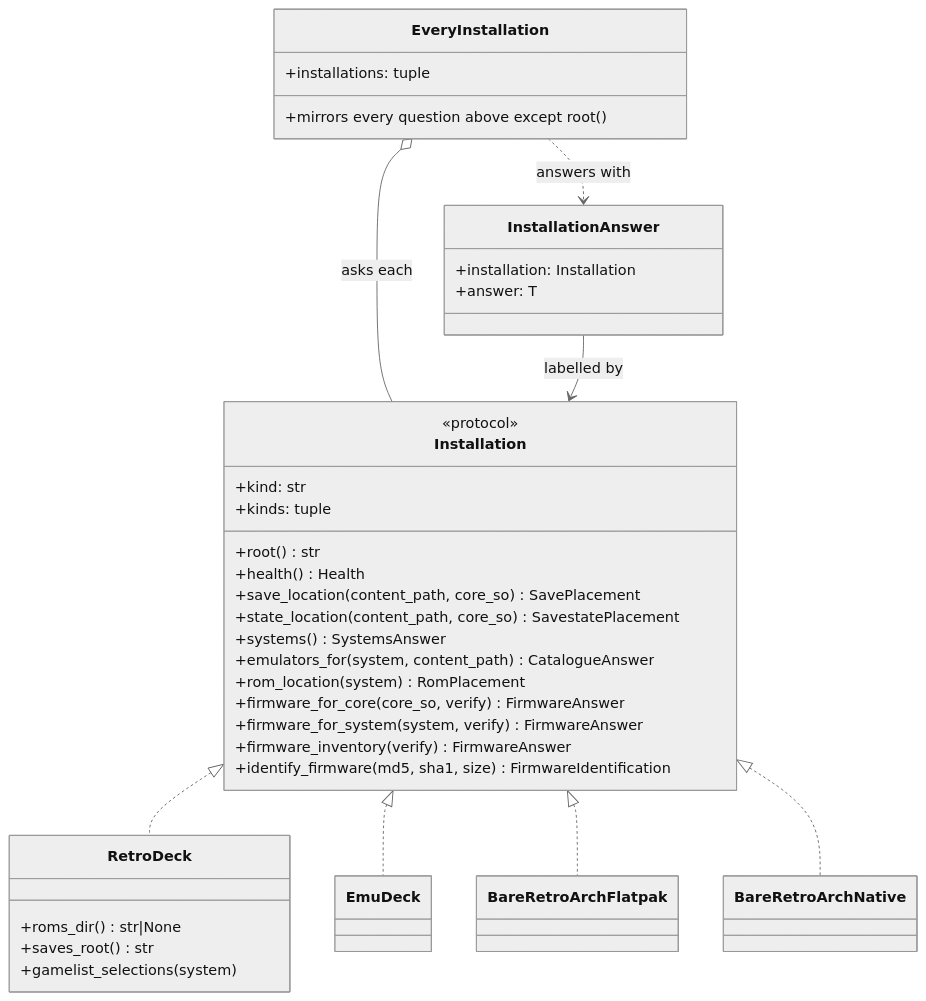
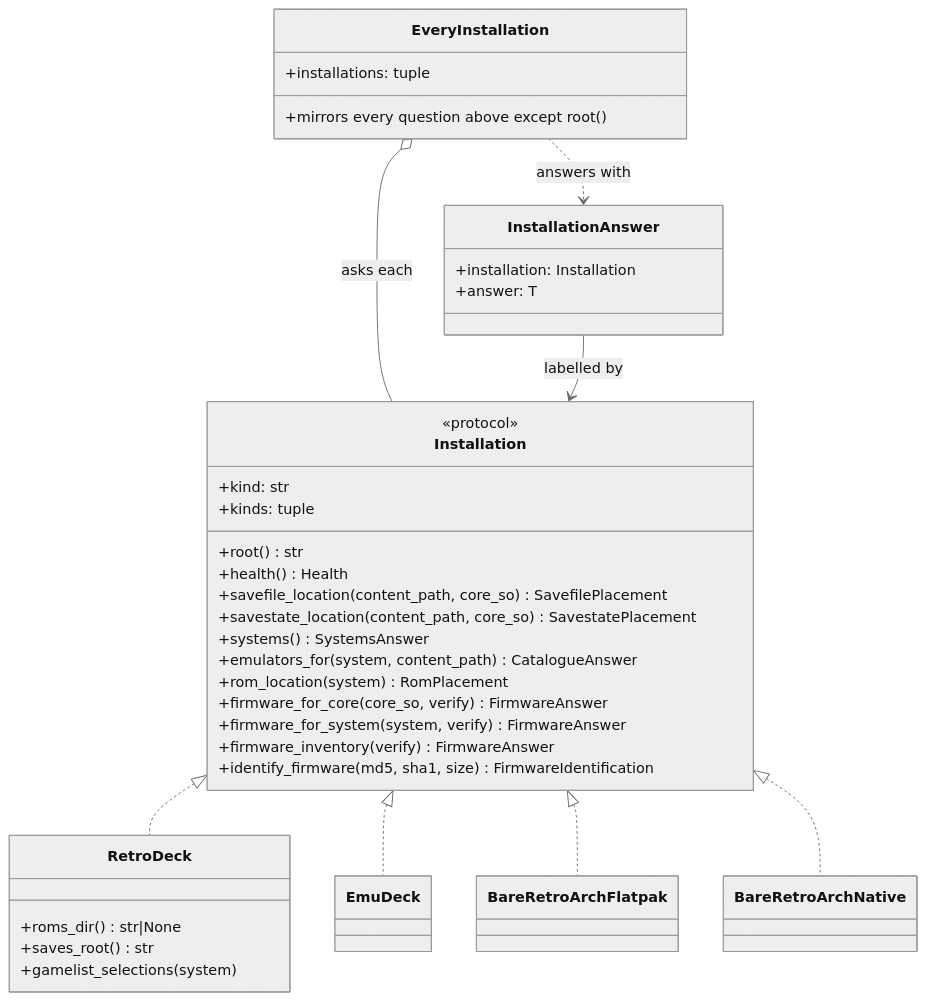
One commit to danielcopper/emu-atlas changed the second of 3 diagrams in docs/architecture.md. Above: the diagram before and after it, drawn with Mermaid (neutral theme). The commit also changed other lines of this file and 25 other files, not shown here.

````diff
--- a/docs/architecture.md
+++ b/docs/architecture.md
@@ -60,43 +60,43 @@
 ```mermaid
 classDiagram
     class Installation {
         <<protocol>>
         +kind: str
         +kinds: tuple
         +root() str
         +health() Health
-        +save_location(content_path, core_so) SavePlacement
-        +state_location(content_path, core_so) SavestatePlacement
+        +savefile_location(content_path, core_so) SavefilePlacement
+        +savestate_location(content_path, core_so) SavestatePlacement
         +systems() SystemsAnswer
         +emulators_for(system, content_path) CatalogueAnswer
         +rom_location(system) RomPlacement
         +firmware_for_core(core_so, verify) FirmwareAnswer
         +firmware_for_system(system, verify) FirmwareAnswer
         +firmware_inventory(verify) FirmwareAnswer
         +identify_firmware(md5, sha1, size) FirmwareIdentification
     }
     class RetroDeck {
         +roms_dir() str|None
         +saves_root() str
         +gamelist_selections(system)
     }
     class EmuDeck
     class BareRetroArchFlatpak
     class BareRetroArchNative
     class EveryInstallation {
         +installations: tuple
         +mirrors every question above except root()
     }
     class InstallationAnswer {
         +installation: Installation
         +answer: T
     }
 
     Installation <|.. RetroDeck
     Installation <|.. EmuDeck
     Installation <|.. BareRetroArchFlatpak
     Installation <|.. BareRetroArchNative
     EveryInstallation o-- Installation : asks each
     EveryInstallation ..> InstallationAnswer : answers with
     InstallationAnswer --> Installation : labelled by
 ```
````
